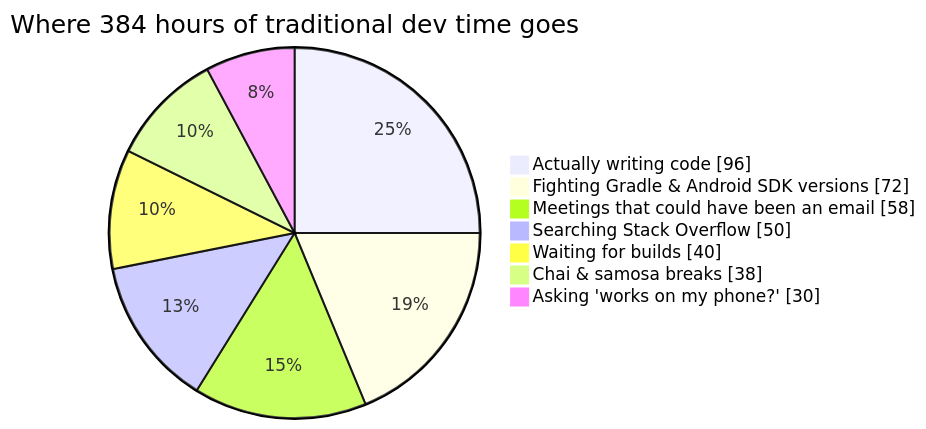
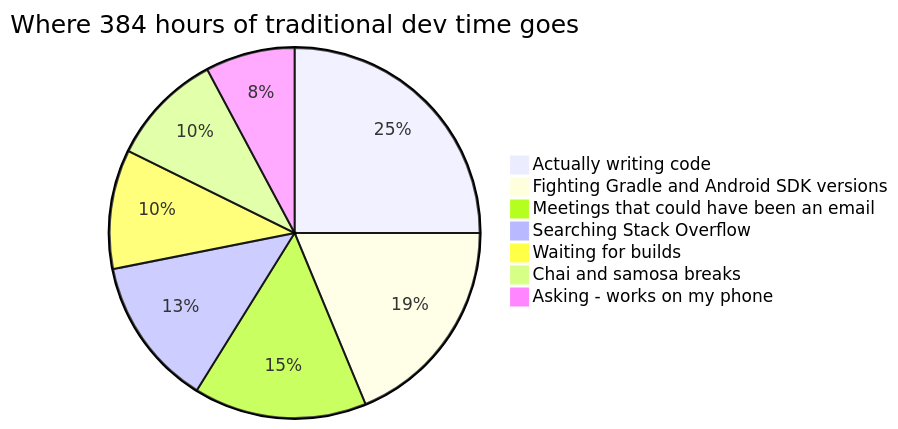
Before and after one commit to mrajkishor/Android-Phone-Clone: the fifth of 5 diagrams in README.md, drawn with Mermaid.

Commit message:
Fix pie chart so it renders on GitHub
Claude-Session: https://claude.ai/code/session_01F9Qch6z9XygpnHA3Zcx9mC

````diff
--- a/README.md
+++ b/README.md
@@ -590,11 +590,10 @@
 ```mermaid
-pie showData
-    title Where 384 hours of traditional dev time goes
+pie title Where 384 hours of traditional dev time goes
     "Actually writing code" : 96
-    "Fighting Gradle & Android SDK versions" : 72
+    "Fighting Gradle and Android SDK versions" : 72
     "Meetings that could have been an email" : 58
     "Searching Stack Overflow" : 50
     "Waiting for builds" : 40
-    "Chai & samosa breaks" : 38
-    "Asking 'works on my phone?'" : 30
+    "Chai and samosa breaks" : 38
+    "Asking - works on my phone" : 30
 ```
````
